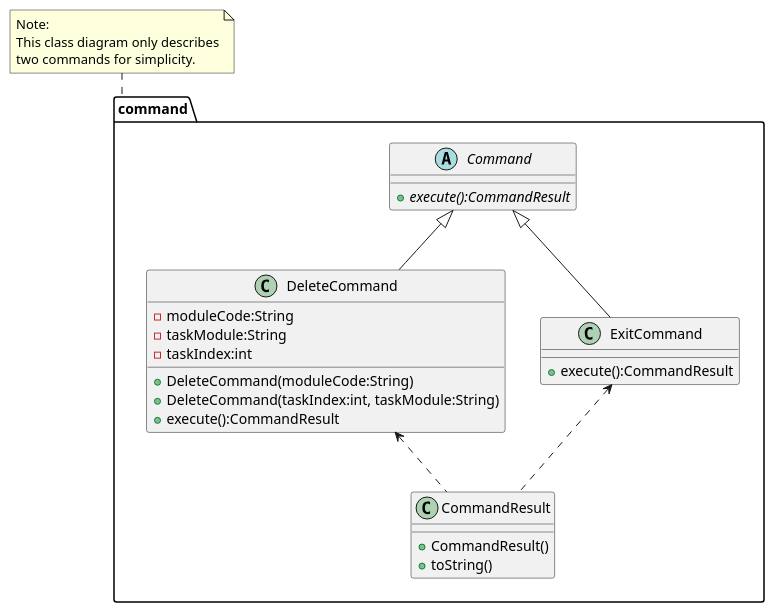
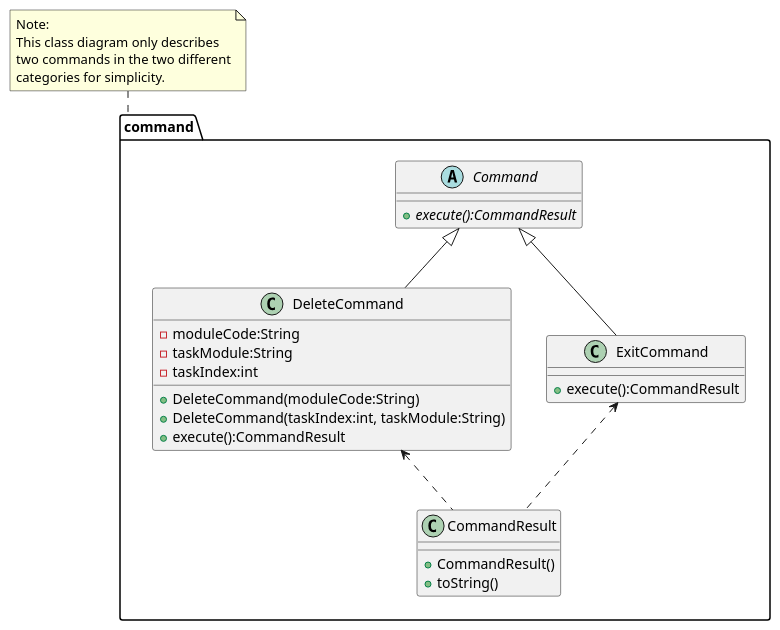
Before and after one commit to nus-cs2113-AY2122S2/tp: the diagram in docs/CommandClassDiagram.puml, drawn with PlantUML. The commit also changed 1 other file, not shown here.

```diff
--- a/docs/CommandClassDiagram.puml
+++ b/docs/CommandClassDiagram.puml
@@ -1,42 +1,43 @@
 @startuml
 'https://plantuml.com/class-diagram
 package command {
     abstract class Command
     class DeleteCommand
 
     Command <|-- DeleteCommand
     Command <|-- ExitCommand
     DeleteCommand <.. CommandResult
     ExitCommand <.. CommandResult
 
     abstract class Command {
         +execute():CommandResult {abstract}
     }
 
     class DeleteCommand {
     -moduleCode:String
     -taskModule:String
     -taskIndex:int
     +DeleteCommand(moduleCode:String)
     +DeleteCommand(taskIndex:int, taskModule:String)
     +execute():CommandResult
     }
 
 
     class ExitCommand {
     +execute():CommandResult
     }
 
     class CommandResult {
     +CommandResult()
     +toString()
     }
 }
 
 note top of command
 Note:
 This class diagram only describes
-two commands for simplicity.
+two commands in the two different
+categories for simplicity.
 end note
 
 @enduml
```
